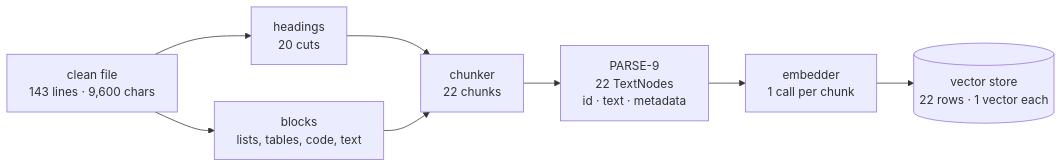
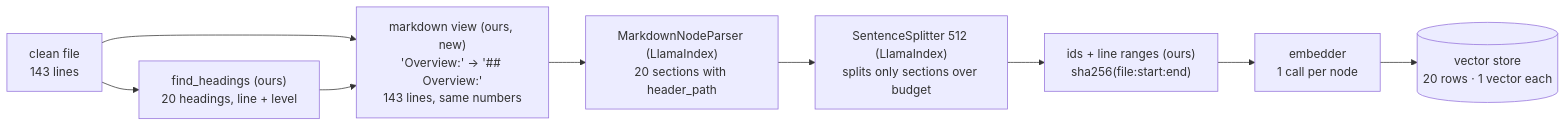
The diagram in docs/design/2-chunker-system-design.md (deepakdantagani/enterprise-rag), drawn with Mermaid before and after one commit. The commit also changed other lines of this file and 5 other files, not shown here.

First line of the commit message:
Chunking redesign: no custom chunker; markdown_view writes the #s, LlamaIndex MarkdownNodeParser + SentenceSplitter chunk

````diff
--- a/docs/design/2-chunker-system-design.md
+++ b/docs/design/2-chunker-system-design.md
@@ -33,10 +34,11 @@
 ```mermaid
 flowchart LR
-    P["clean file<br/>143 lines · 9,600 chars"] --> H["headings<br/>20 cuts"]
-    P --> B["blocks<br/>lists, tables, code, text"]
-    H --> C["chunker<br/>22 chunks"]
-    B --> C
-    C --> N["PARSE-9<br/>22 TextNodes<br/>id · text · metadata"]
-    N --> E["embedder<br/>1 call per chunk"]
-    E --> V[("vector store<br/>22 rows · 1 vector each")]
+    P["clean file<br/>143 lines"] --> H["find_headings (ours)<br/>20 headings, line + level"]
+    P --> M["markdown view (ours, new)<br/>'Overview:' → '## Overview:'<br/>143 lines, same numbers"]
+    H --> M
+    M --> N["MarkdownNodeParser (LlamaIndex)<br/>20 sections with header_path"]
+    N --> S["SentenceSplitter 512 (LlamaIndex)<br/>splits only sections over budget"]
+    S --> I["ids + line ranges (ours)<br/>sha256(file:start:end)"]
+    I --> E["embedder<br/>1 call per node"]
+    E --> V[("vector store<br/>20 rows · 1 vector each")]
 ```
````
